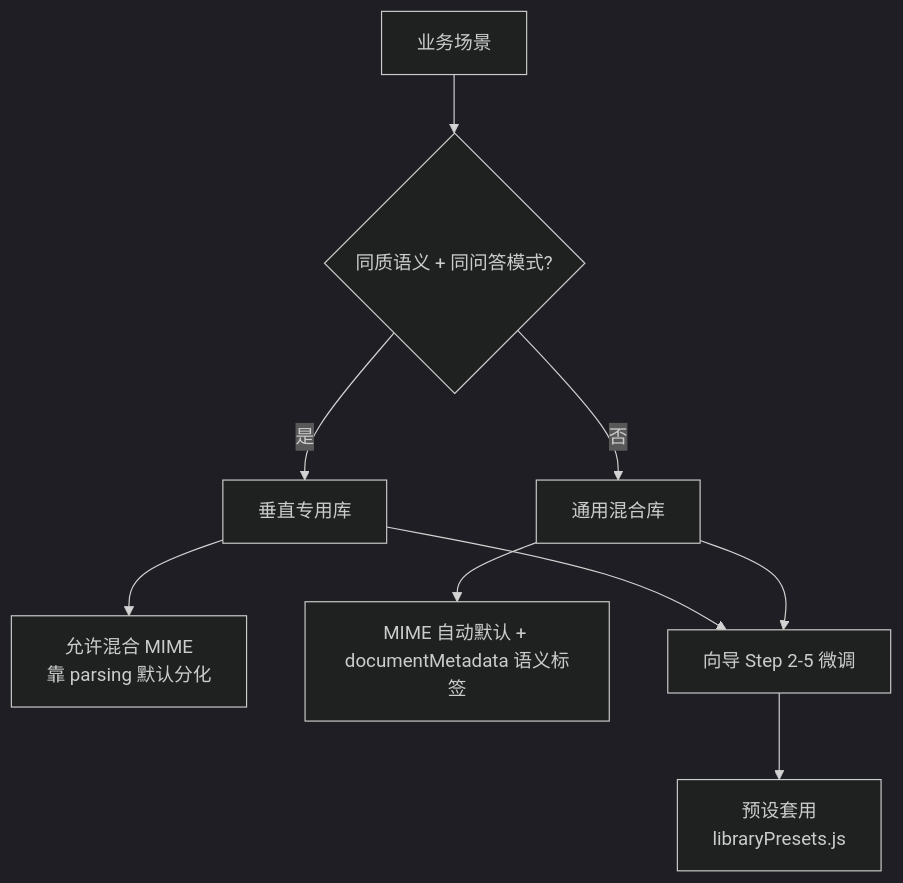
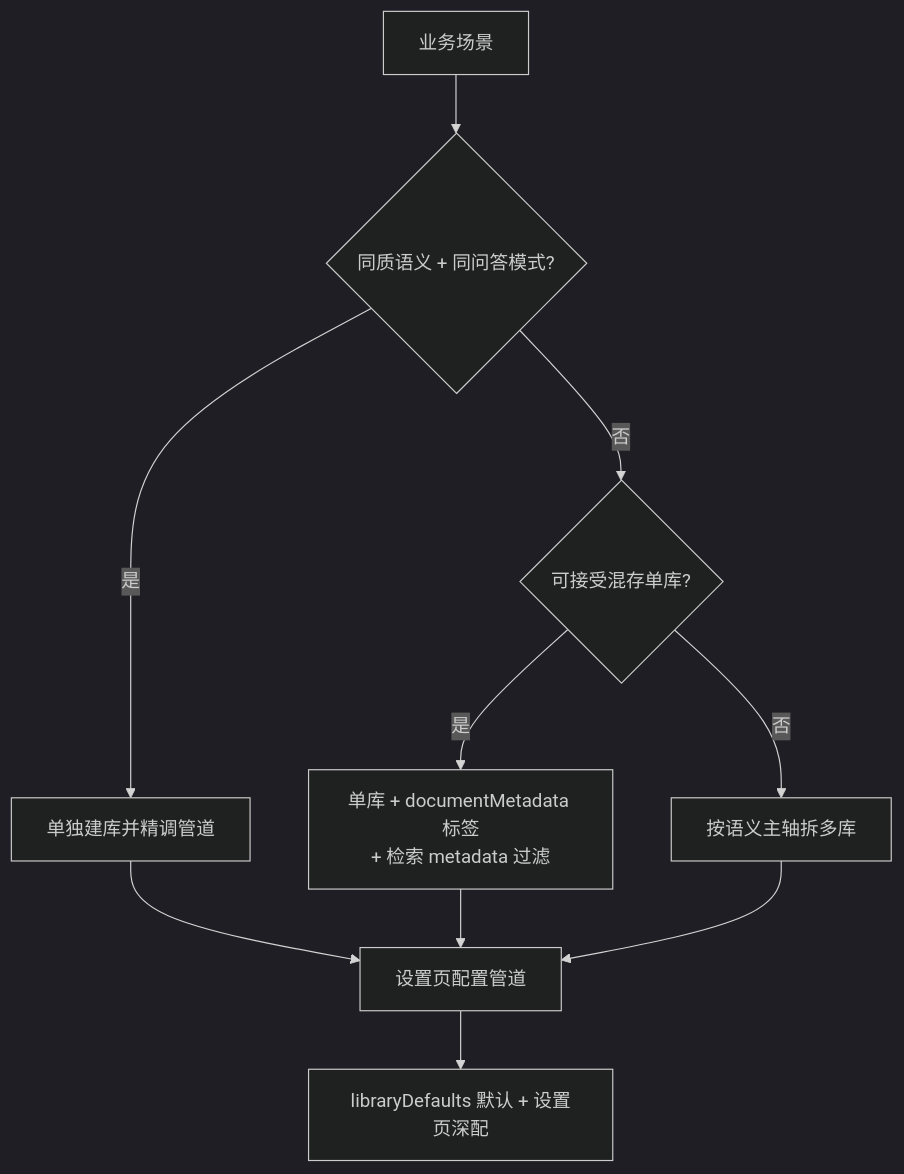
One commit to ch-dpf/doc-platform changed the third of 3 diagrams in .planning/docs/INGEST-PIPELINE.md. Above: the diagram before and after it, drawn with Mermaid (dark theme). The commit also changed other lines of this file and 244 other files, not shown here.

````diff
--- a/.planning/docs/INGEST-PIPELINE.md
+++ b/.planning/docs/INGEST-PIPELINE.md
@@ -387,11 +385,12 @@
 ```mermaid
 flowchart TD
     A[业务场景] --> B{同质语义 + 同问答模式?}
-    B -->|是| C[垂直专用库]
-    B -->|否| D[通用混合库]
-    C --> E[允许混合 MIME<br/>靠 parsing 默认分化]
-    D --> F[MIME 自动默认 + documentMetadata 语义标签]
-    C --> G[向导 Step 2-5 微调]
-    D --> G
-    G --> H[预设套用<br/>libraryPresets.js]
+    B -->|是| C[单独建库并精调管道]
+    B -->|否| D{可接受混存单库?}
+    D -->|是| E[单库 + documentMetadata 标签<br/>+ 检索 metadata 过滤]
+    D -->|否| F[按语义主轴拆多库]
+    C --> G[设置页配置管道]
+    E --> G
+    F --> G
+    G --> H[libraryDefaults 默认 + 设置页深配]
 ```
````
